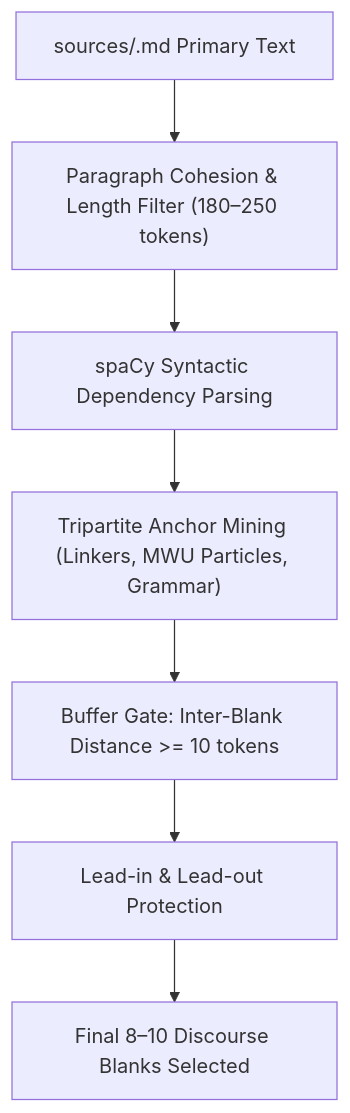
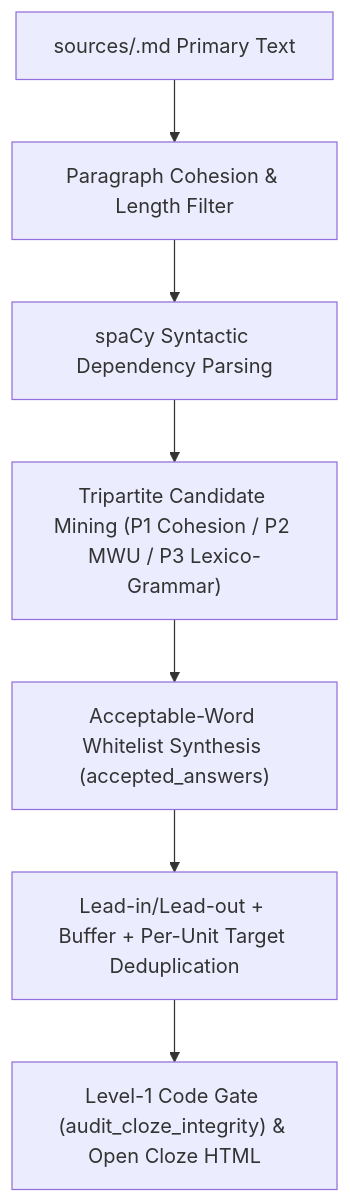
One commit to SamoyeHN/lexis-wiki changed the first of 2 diagrams in docs/cloze-discourse-architecture.md. Above: the diagram before and after it, drawn with Mermaid. The commit also changed other lines of this file and 6 other files, not shown here.

Commit message:
docs: sync Pure Open Cloze, PedLex table names/counts, and add improvement roadmap

````diff
--- a/docs/cloze-discourse-architecture.md
+++ b/docs/cloze-discourse-architecture.md
@@ -34,9 +34,9 @@
 ```mermaid
 flowchart TD
-    A["sources/<Unit>.md Primary Text"] --> B["Paragraph Cohesion & Length Filter (180–250 tokens)"]
+    A["sources/<Unit>.md Primary Text"] --> B["Paragraph Cohesion & Length Filter"]
     B --> C["spaCy Syntactic Dependency Parsing"]
-    C --> D["Tripartite Anchor Mining (Linkers, MWU Particles, Grammar)"]
-    D --> E["Buffer Gate: Inter-Blank Distance >= 10 tokens"]
-    E --> F["Lead-in & Lead-out Protection"]
-    F --> G["Final 8–10 Discourse Blanks Selected"]
+    C --> D["Tripartite Candidate Mining (P1 Cohesion / P2 MWU / P3 Lexico-Grammar)"]
+    D --> E["Acceptable-Word Whitelist Synthesis (accepted_answers)"]
+    E --> F["Lead-in/Lead-out + Buffer + Per-Unit Target Deduplication"]
+    F --> G["Level-1 Code Gate (audit_cloze_integrity) & Open Cloze HTML"]
 ```
````
